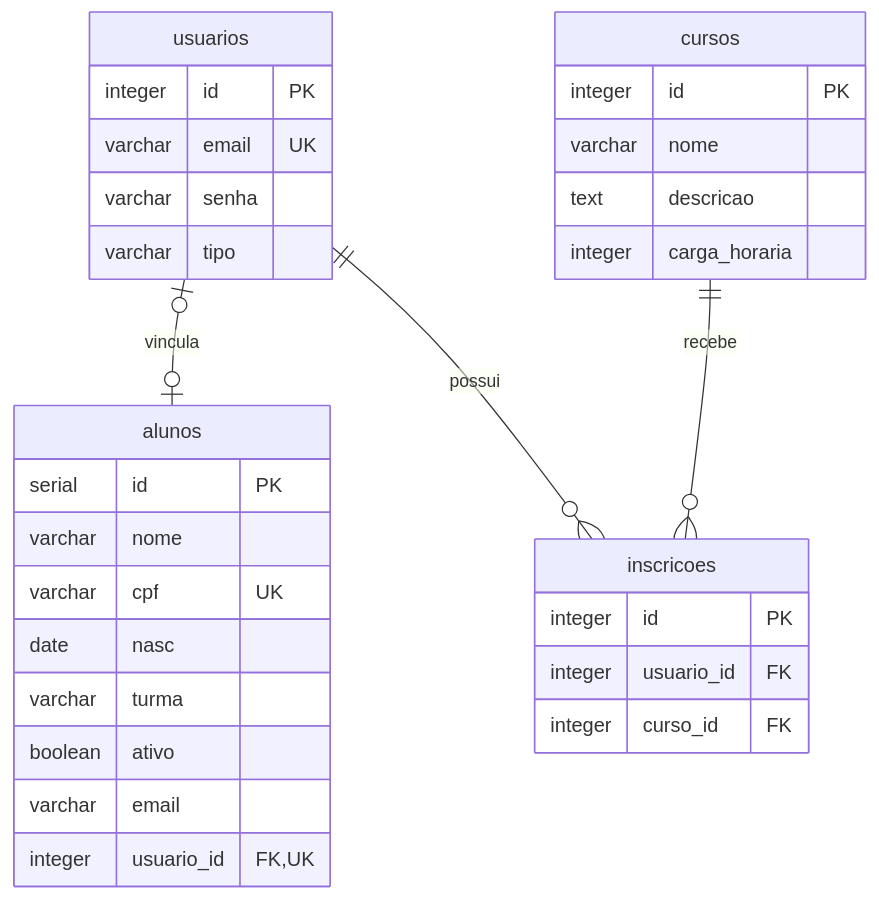
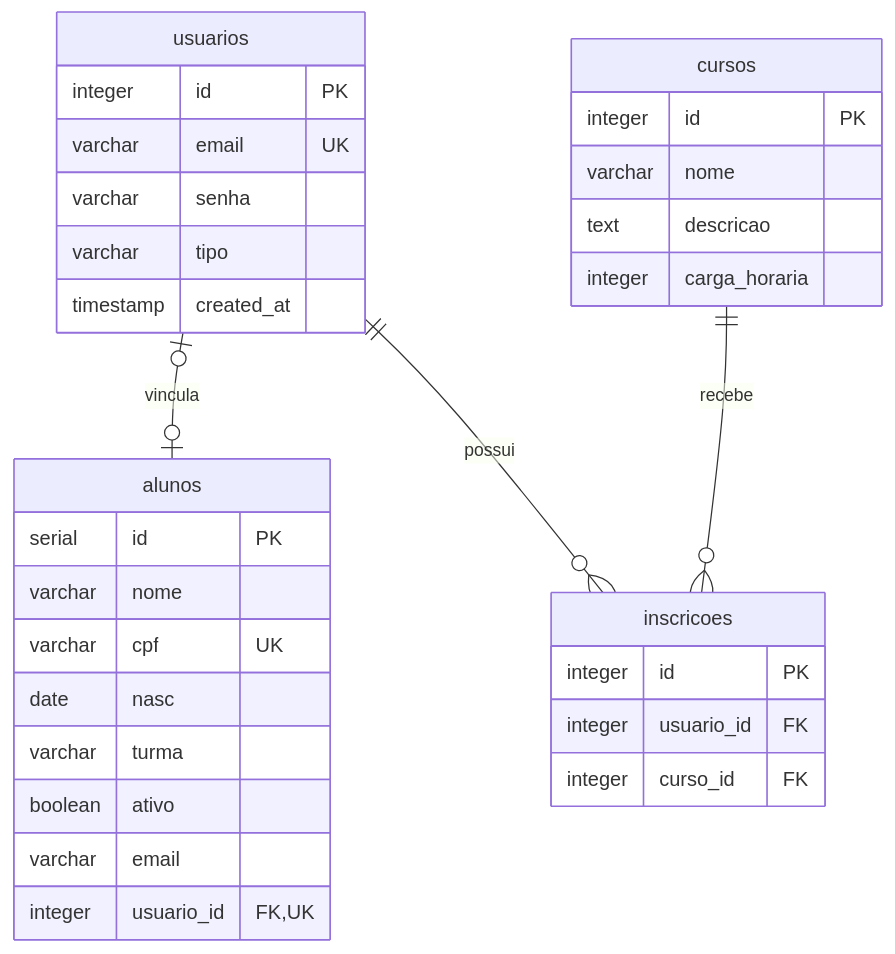
The first of 14 diagrams in diagrama.md (Matheus-Talasso-Gil/Impulsos-Cursos), drawn with Mermaid before and after one commit. The commit also changed other lines of this file, not shown here.

Commit message:
atualizar fluxograma e diagrama de casos de uso

````diff
--- a/diagrama.md
+++ b/diagrama.md
@@ -9,33 +9,34 @@
 ```mermaid
 erDiagram
     alunos {
         serial id PK
         varchar nome
         varchar cpf UK
         date nasc
         varchar turma
         boolean ativo
         varchar email
         integer usuario_id FK,UK
     }
     usuarios o|--o| alunos : vincula
     usuarios ||--o{ inscricoes : possui
     cursos ||--o{ inscricoes : recebe
     usuarios {
         integer id PK
         varchar email UK
         varchar senha
         varchar tipo
+        timestamp created_at
     }
     cursos {
         integer id PK
         varchar nome
         text descricao
         integer carga_horaria
     }
     inscricoes {
         integer id PK
         integer usuario_id FK
         integer curso_id FK
     }
 ```
````
